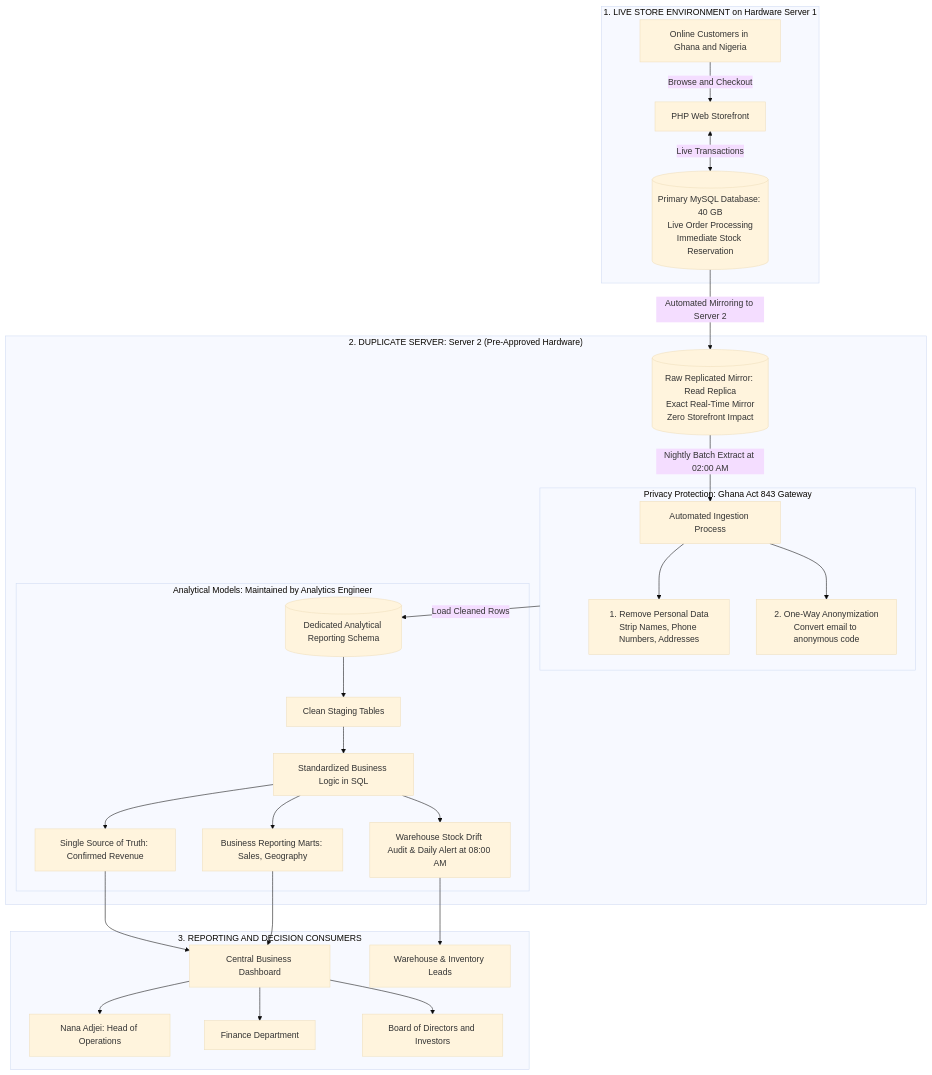
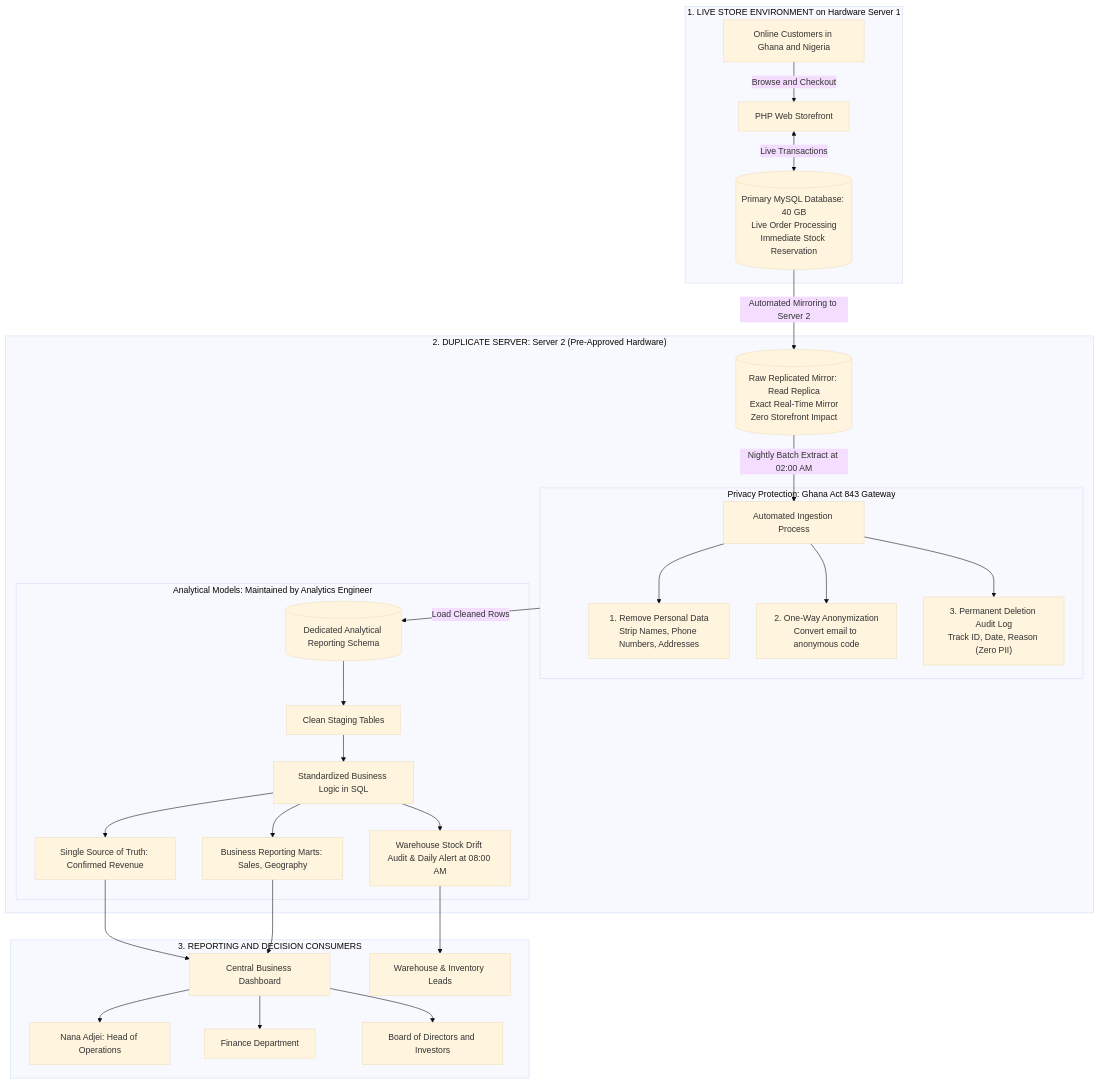
The first of 2 diagrams in erd_and_architecture.md (samuel-quaigraine/kloud_kart_lab_samuel_quaigraine), drawn with Mermaid (base theme) before and after one commit. The commit also changed other lines of this file and 9 other files, not shown here.

Commit message:
docs: synchronize deliverables with updated roadmap and core brief constraints

````diff
--- a/erd_and_architecture.md
+++ b/erd_and_architecture.md
@@ -11,39 +11,40 @@
 ```mermaid
 flowchart TD
     subgraph LiveStore["1. LIVE STORE ENVIRONMENT on Hardware Server 1"]
         Shoppers["Online Customers in Ghana and Nigeria"] -->|"Browse and Checkout"| WebApp["PHP Web Storefront"]
         WebApp <-->|"Live Transactions"| PrimaryDB[("Primary MySQL Database: 40 GB<br/>Live Order Processing<br/>Immediate Stock Reservation")]
     end
 
     PrimaryDB -->|"Automated Mirroring to Server 2"| ReadReplica
 
     subgraph Server2["2. DUPLICATE SERVER: Server 2 (Pre-Approved Hardware)"]
         ReadReplica[("Raw Replicated Mirror: Read Replica<br/>Exact Real-Time Mirror<br/>Zero Storefront Impact")]
         
         ReadReplica -->|"Nightly Batch Extract at 02:00 AM"| IngestionProcess["Automated Ingestion Process"]
         
         subgraph PrivacyGateway["Privacy Protection: Ghana Act 843 Gateway"]
             IngestionProcess --> DropPII["1. Remove Personal Data<br/>Strip Names, Phone Numbers, Addresses"]
             IngestionProcess --> HashEmail["2. One-Way Anonymization<br/>Convert email to anonymous code"]
+            IngestionProcess --> AuditLog["3. Permanent Deletion Audit Log<br/>Track ID, Date, Reason (Zero PII)"]
         end
         
         PrivacyGateway -->|"Load Cleaned Rows"| WarehouseDB[("Dedicated Analytical Reporting Schema")]
         
         subgraph AnalyticsDataModels["Analytical Models: Maintained by Analytics Engineer"]
             WarehouseDB --> StagingTables["Clean Staging Tables"]
             StagingTables --> TransformationSQL["Standardized Business Logic in SQL"]
             TransformationSQL --> CanonicalRevenue["Single Source of Truth: Confirmed Revenue"]
             TransformationSQL --> DimensionalMarts["Business Reporting Marts: Sales, Geography"]
             TransformationSQL --> StockDriftAudit["Warehouse Stock Drift Audit & Daily Alert at 08:00 AM"]
         end
     end
 
     subgraph ReportingConsumers["3. REPORTING AND DECISION CONSUMERS"]
         CanonicalRevenue --> UnifiedDashboard["Central Business Dashboard"]
         DimensionalMarts --> UnifiedDashboard
         UnifiedDashboard --> NanaView["Nana Adjei: Head of Operations"]
         UnifiedDashboard --> FinanceView["Finance Department"]
         UnifiedDashboard --> BoardView["Board of Directors and Investors"]
         StockDriftAudit --> WarehouseView["Warehouse & Inventory Leads"]
     end
 ```
````
